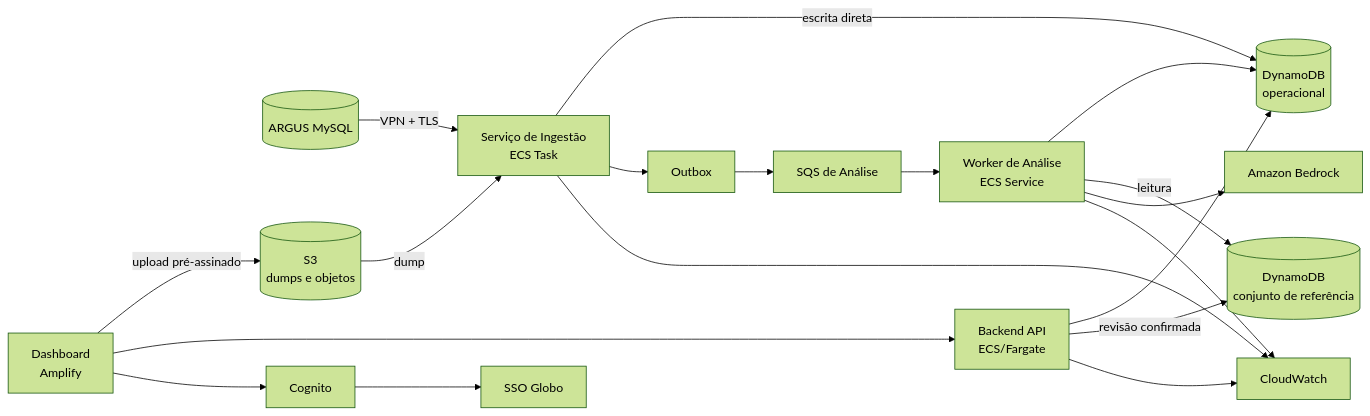
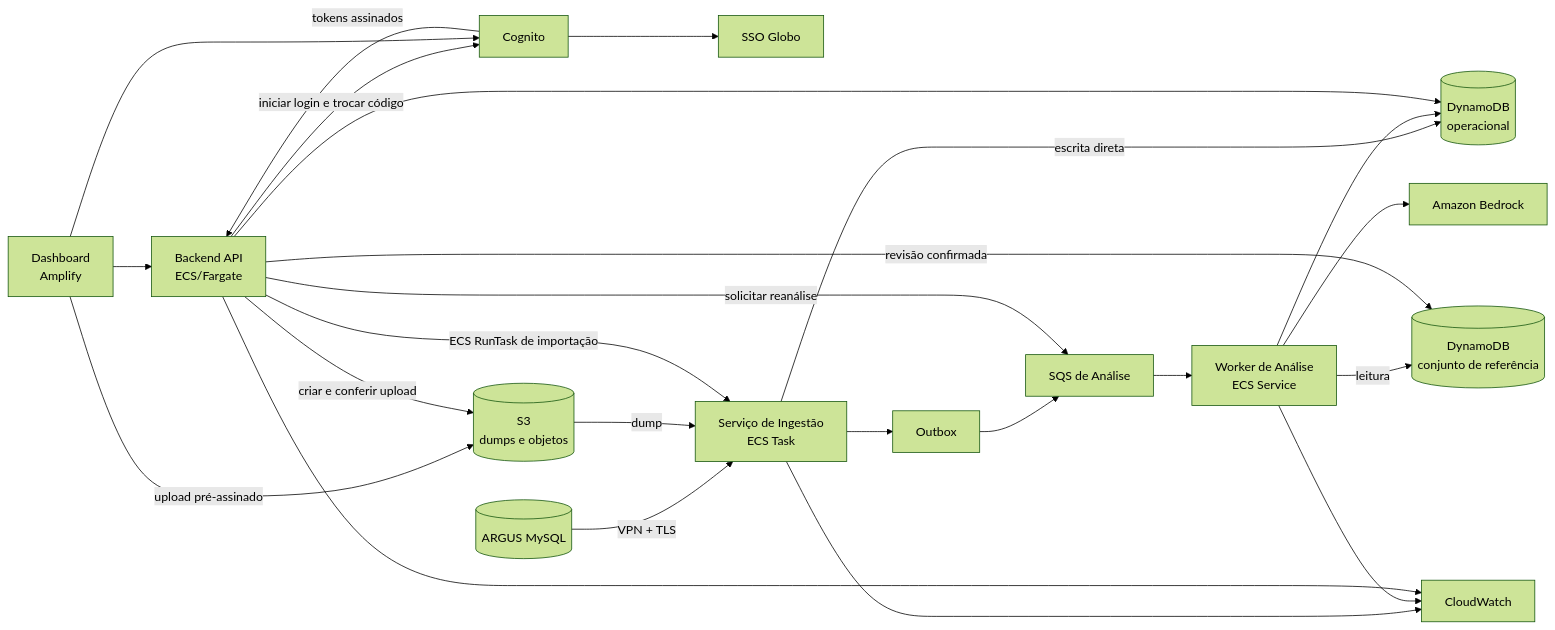
The first of 2 diagrams in artefatos/arquitetura/visao-geral.md (guedesrayssa/viewshow-ai-observability), drawn with Mermaid (forest theme) before and after one commit. The commit also changed other lines of this file and 5 other files, not shown here.

````diff
--- a/artefatos/arquitetura/visao-geral.md
+++ b/artefatos/arquitetura/visao-geral.md
@@ -30,36 +30,41 @@
 ```mermaid
 flowchart LR
     ARGUS[(ARGUS MySQL)]
     SSO[SSO Globo]
     UI[Dashboard<br/>Amplify]
     COG[Cognito]
     API[Backend API<br/>ECS/Fargate]
     S3[(S3<br/>dumps e objetos)]
     ING[Serviço de Ingestão<br/>ECS Task]
     DB[(DynamoDB<br/>operacional)]
     OUT[Outbox]
     Q[SQS de Análise]
     W[Worker de Análise<br/>ECS Service]
     GS[(DynamoDB<br/>conjunto de referência)]
     BR[Amazon Bedrock]
     CW[CloudWatch]
 
     ARGUS -->|VPN + TLS| ING
     UI -->|upload pré-assinado| S3
     S3 -->|dump| ING
     ING -->|escrita direta| DB
     ING --> OUT
     OUT --> Q
     Q --> W
     W --> DB
     W -->|leitura| GS
     W --> BR
     UI --> API
+    API -->|iniciar login e trocar código| COG
+    COG -->|tokens assinados| API
+    API -->|criar e conferir upload| S3
+    API -->|ECS RunTask de importação| ING
+    API -->|solicitar reanálise| Q
     API --> DB
     API -->|revisão confirmada| GS
     UI --> COG
     COG --> SSO
     ING --> CW
     W --> CW
     API --> CW
 ```
````
